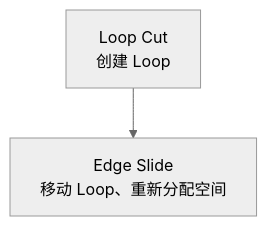
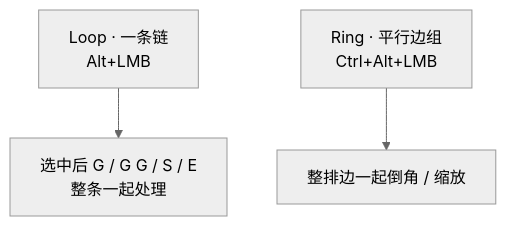
One commit to liuchamp/blenderdsv1 changed the seventh of 12 diagrams in Blender笔记/00-基础/05-环切与拓扑-Ctrl+R.md. Above: the diagram before and after it, drawn with Mermaid (neutral theme). The commit also changed other lines of this file and 16 other files, not shown here.

````diff
--- a/Blender笔记/00-基础/05-环切与拓扑-Ctrl+R.md
+++ b/Blender笔记/00-基础/05-环切与拓扑-Ctrl+R.md
@@ -122,4 +264,5 @@
 ```mermaid
 flowchart TD
-    LC["Loop Cut<br/>创建 Loop"] --> ES["Edge Slide<br/>移动 Loop、重新分配空间"]
+    Loop["Loop · 一条链<br/>Alt+LMB"] --> LoopUse["选中后 G / G G / S / E<br/>整条一起处理"]
+    Ring["Ring · 平行边组<br/>Ctrl+Alt+LMB"] --> RingUse["整排边一起倒角 / 缩放"]
 ```
````
